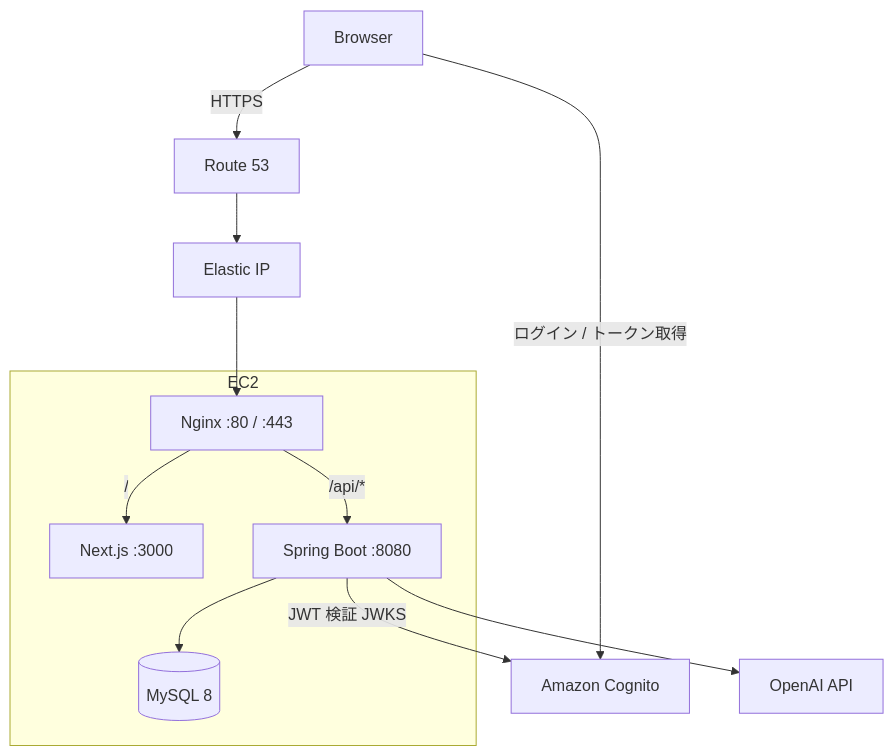
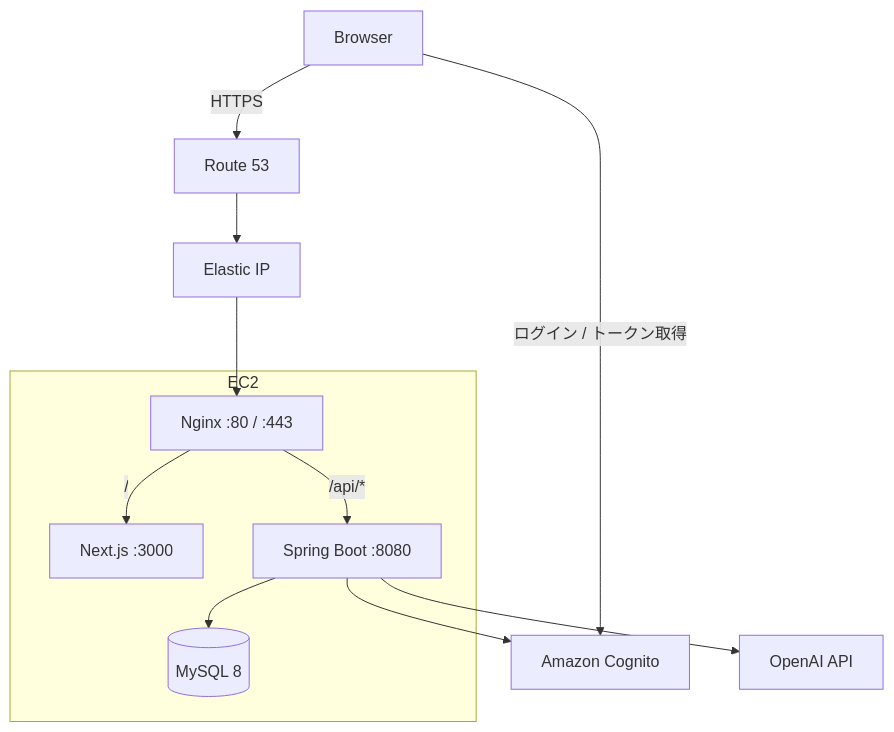
Before and after one commit to DRS22DownForce/SmartHouseholdAccountBook: the first of 2 diagrams in README.md, drawn with Mermaid. The commit also changed other lines of this file, not shown here.

Commit message:
Refactor user authentication flow in README.md to simplify the interaction between Backend and Cognito, removing JWT verification details for clarity.

````diff
--- a/README.md
+++ b/README.md
@@ -70,25 +70,25 @@
 ```mermaid
 flowchart TB
     User[Browser]
     R53[Route 53]
     EIP[Elastic IP]
     Cognito[Amazon Cognito]
     OpenAI[OpenAI API]
 
     subgraph EC2["EC2"]
         Nginx[Nginx :80 / :443]
         Next[Next.js :3000]
         Backend[Spring Boot :8080]
         MySQL[(MySQL 8)]
     end
 
     User -->|HTTPS| R53
     R53 --> EIP
     EIP --> Nginx
     Nginx -->|"/"| Next
     Nginx -->|"/api/*"| Backend
     User -->|ログイン / トークン取得| Cognito
-    Backend -->|JWT 検証 JWKS| Cognito
+    Backend --> Cognito
     Backend --> MySQL
     Backend --> OpenAI
 ```
````
